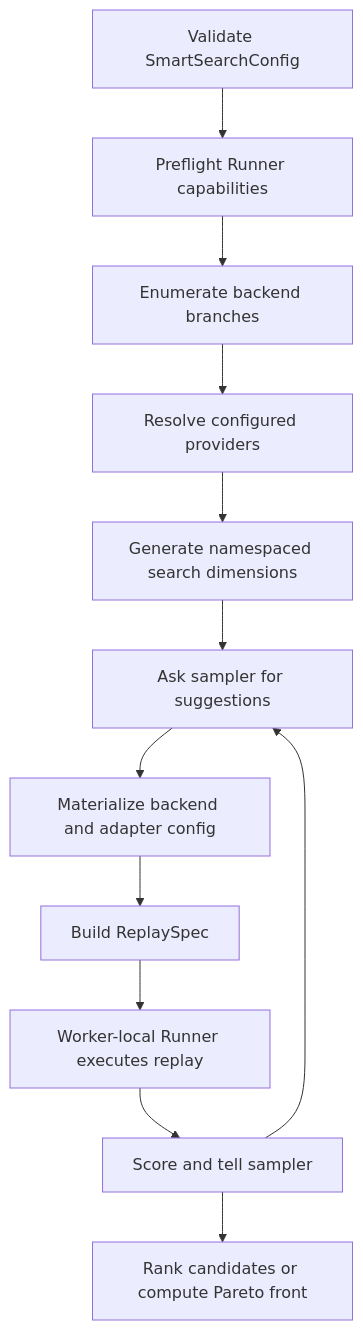
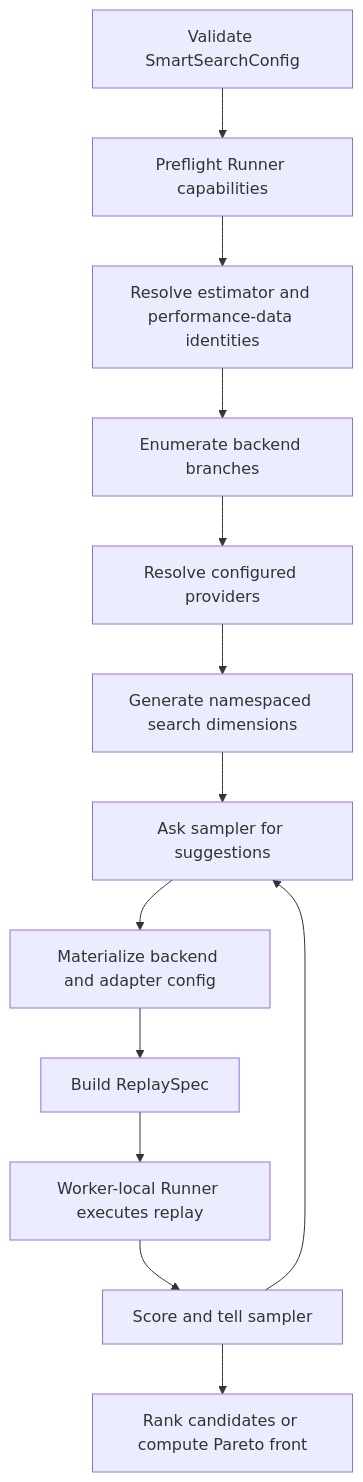
The diagram in docs/sweeper/architecture.md (ai-dynamo/aisimulate), drawn with Mermaid before and after one commit. The commit also changed other lines of this file and 16 other files, not shown here.

Commit message:
feat(sweeper): preserve estimator data controls

````diff
--- a/docs/sweeper/architecture.md
+++ b/docs/sweeper/architecture.md
@@ -26,14 +26,15 @@
 ```mermaid
 flowchart TD
     A["Validate SmartSearchConfig"] --> B["Preflight Runner capabilities"]
-    B --> C["Enumerate backend branches"]
+    B --> R["Resolve estimator and performance-data identities"]
+    R --> C["Enumerate backend branches"]
     C --> D["Resolve configured providers"]
     D --> E["Generate namespaced search dimensions"]
     E --> F["Ask sampler for suggestions"]
     F --> G["Materialize backend and adapter config"]
     G --> H["Build ReplaySpec"]
     H --> I["Worker-local Runner executes replay"]
     I --> J["Score and tell sampler"]
     J --> F
     J --> K["Rank candidates or compute Pareto front"]
 ```
````
